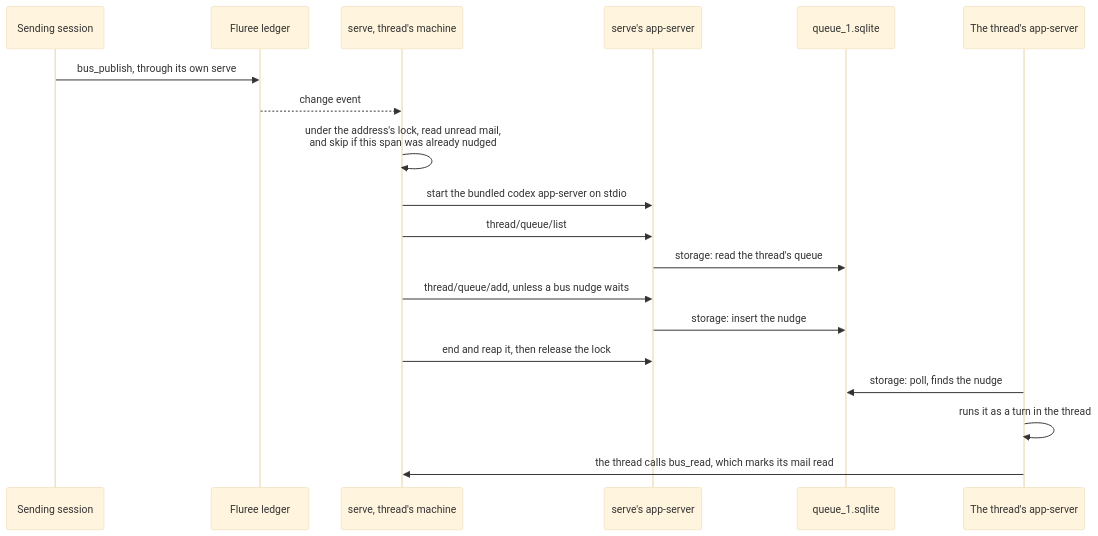
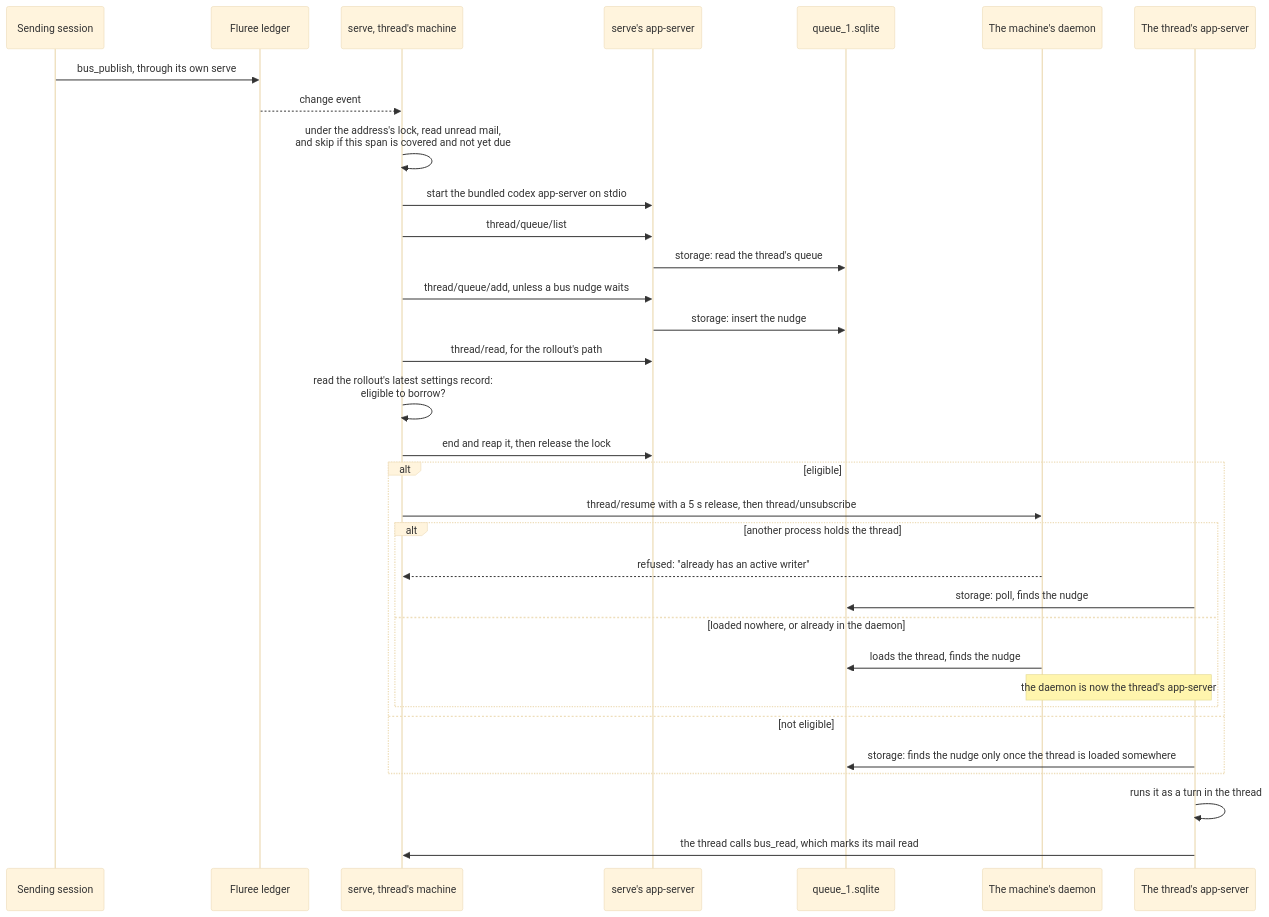
Before and after one commit to rawr-ai/agent-bus: the third of 3 diagrams in docs/architecture/delivery.md, drawn with Mermaid (base theme). The commit also changed other lines of this file and 10 other files, not shown here.

First line of the commit message:
Load Codex threads on mail through a daemon borrow

````diff
--- a/docs/architecture/delivery.md
+++ b/docs/architecture/delivery.md
@@ -127,21 +131,35 @@
 ```mermaid
 sequenceDiagram
   participant Sender as Sending session
   participant Ledger as Fluree ledger
   participant Serve as serve, thread's machine
   participant Own as serve's app-server
   participant Queue as queue_1.sqlite
+  participant Daemon as The machine's daemon
   participant Writer as The thread's app-server
   Sender->>Ledger: bus_publish, through its own serve
   Ledger-->>Serve: change event
-  Serve->>Serve: under the address's lock, read unread mail,<br/>and skip if this span was already nudged
+  Serve->>Serve: under the address's lock, read unread mail,<br/>and skip if this span is covered and not yet due
   Serve->>Own: start the bundled codex app-server on stdio
   Serve->>Own: thread/queue/list
   Own->>Queue: storage: read the thread's queue
   Serve->>Own: thread/queue/add, unless a bus nudge waits
   Own->>Queue: storage: insert the nudge
+  Serve->>Own: thread/read, for the rollout's path
+  Serve->>Serve: read the rollout's latest settings record:<br/>eligible to borrow?
   Serve->>Own: end and reap it, then release the lock
-  Writer->>Queue: storage: poll, finds the nudge
+  alt eligible
+    Serve->>Daemon: thread/resume with a 5 s release, then thread/unsubscribe
+    alt another process holds the thread
+      Daemon-->>Serve: refused: "already has an active writer"
+      Writer->>Queue: storage: poll, finds the nudge
+    else loaded nowhere, or already in the daemon
+      Daemon->>Queue: loads the thread, finds the nudge
+      Note over Daemon,Writer: the daemon is now the thread's app-server
+    end
+  else not eligible
+    Writer->>Queue: storage: finds the nudge only once the thread is loaded somewhere
+  end
   Writer->>Writer: runs it as a turn in the thread
   Writer->>Serve: the thread calls bus_read, which marks its mail read
 ```
````
